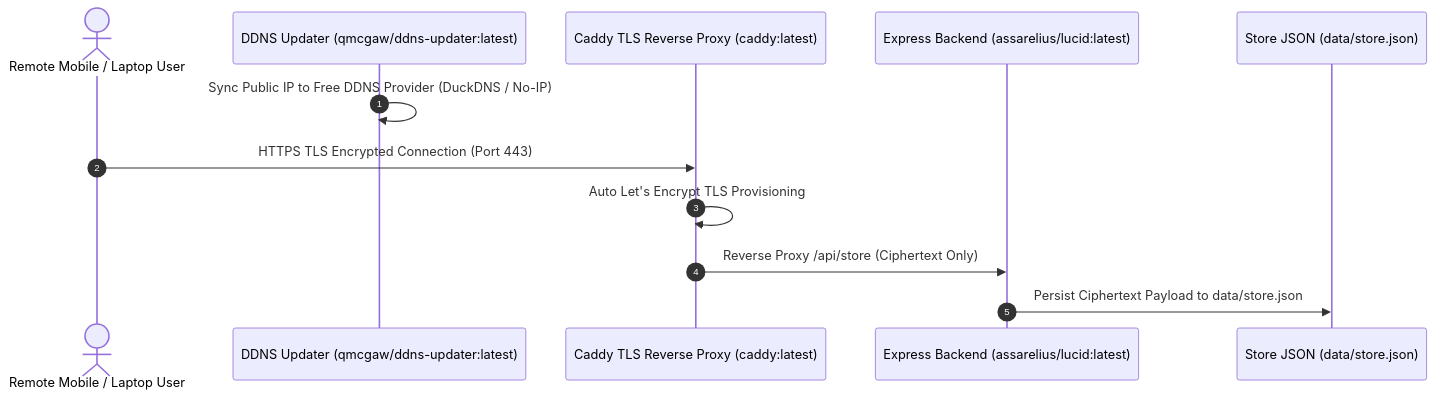
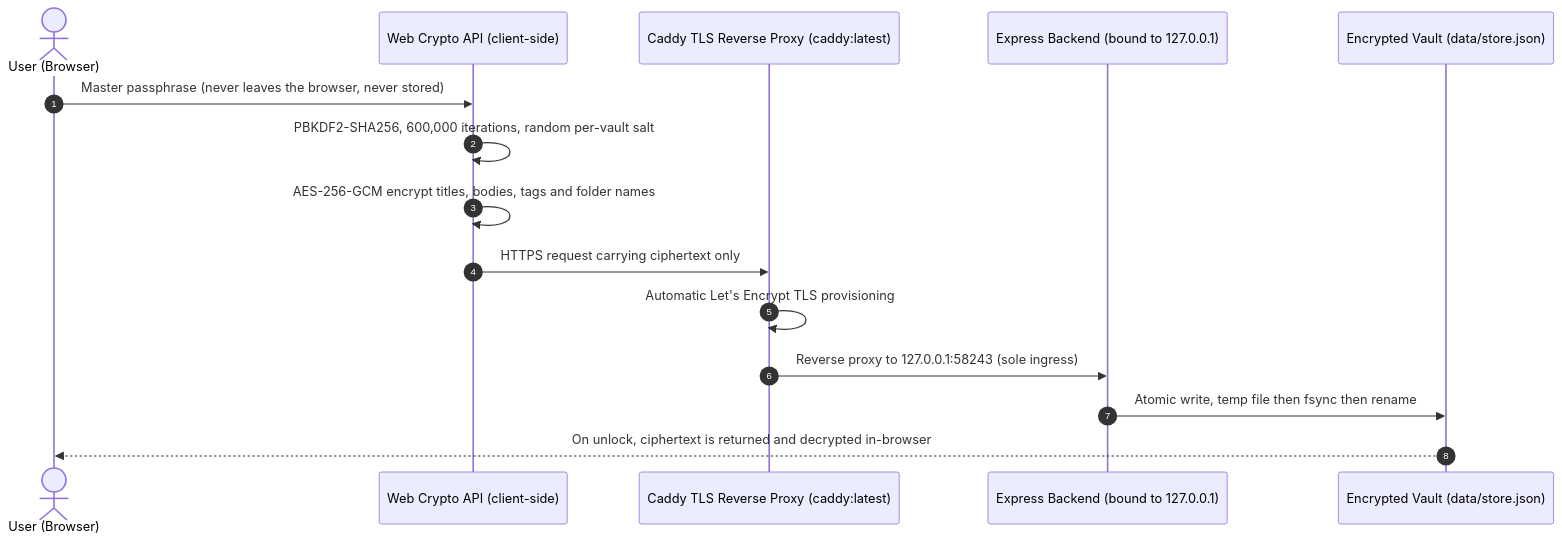
The diagram in README.md (Arelius-D/LucID), drawn with Mermaid before and after one commit. The commit also changed other lines of this file and 25 other files, not shown here.

First line of the commit message:
feat(v2)!: vault format v2, security hardening, data-loss fixes

````diff
--- a/README.md
+++ b/README.md
@@ -128,15 +140,18 @@
 ```mermaid
 sequenceDiagram
     autonumber
-    actor MobileUser as Remote Mobile / Laptop User
-    participant DDNS as DDNS Updater (qmcgaw/ddns-updater:latest)
+    actor User as User (Browser)
+    participant Crypto as Web Crypto API (client-side)
     participant Caddy as Caddy TLS Reverse Proxy (caddy:latest)
-    participant Server as Express Backend (assarelius/lucid:latest)
-    participant Storage as Store JSON (data/store.json)
+    participant Server as Express Backend (bound to 127.0.0.1)
+    participant Storage as Encrypted Vault (data/store.json)
 
-    DDNS->>DDNS: Sync Public IP to Free DDNS Provider (DuckDNS / No-IP)
-    MobileUser->>Caddy: HTTPS TLS Encrypted Connection (Port 443)
-    Caddy->>Caddy: Auto Let's Encrypt TLS Provisioning
-    Caddy->>Server: Reverse Proxy /api/store (Ciphertext Only)
-    Server->>Storage: Persist Ciphertext Payload to data/store.json
+    User->>Crypto: Master passphrase (never leaves the browser, never stored)
+    Crypto->>Crypto: PBKDF2-SHA256, 600,000 iterations, random per-vault salt
+    Crypto->>Crypto: AES-256-GCM encrypt titles, bodies, tags and folder names
+    Crypto->>Caddy: HTTPS request carrying ciphertext only
+    Caddy->>Caddy: Automatic Let's Encrypt TLS provisioning
+    Caddy->>Server: Reverse proxy to 127.0.0.1:58243 (sole ingress)
+    Server->>Storage: Atomic write, temp file then fsync then rename
+    Storage-->>User: On unlock, ciphertext is returned and decrypted in-browser
 ```
````
